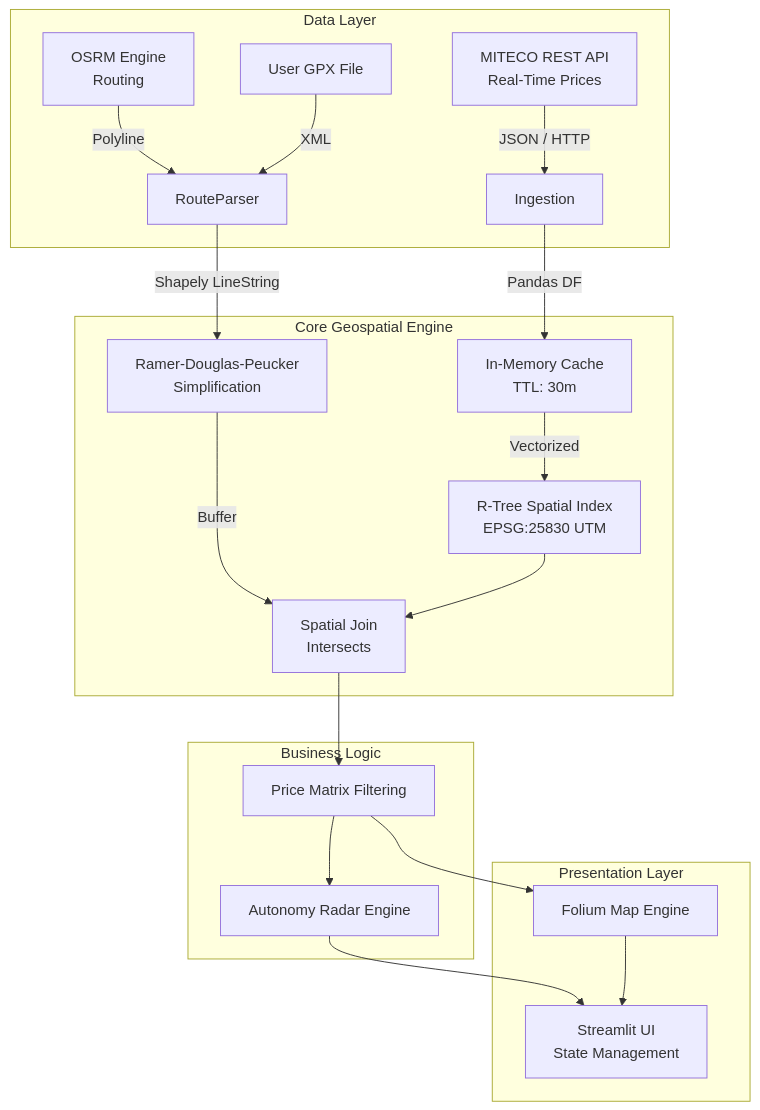
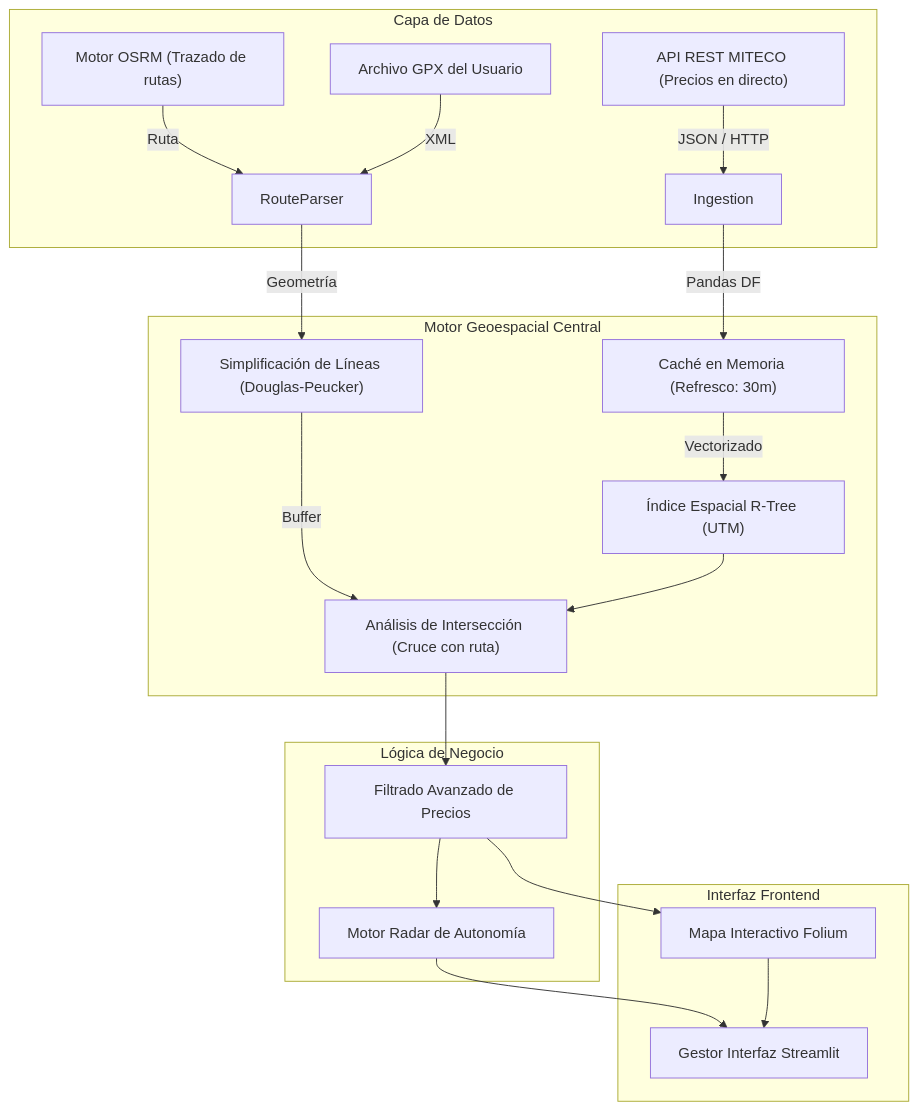
The diagram in README.md (Chane12/Gasolineras-GPX-Optimizador-de-Repostaje-en-Ruta), drawn with Mermaid before and after one commit. The commit also changed other lines of this file, not shown here.

Commit message:
Update README with simplified language and Mermaid fix

````diff
--- a/README.md
+++ b/README.md
@@ -16,29 +16,29 @@
 ```mermaid
 graph TD
-    subgraph Data Layer
-        MITECO[MITECO REST API<br/>Real-Time Prices] --> |JSON / HTTP| Ingestion
-        OSRM[OSRM Engine<br/>Routing] --> |Polyline| RouteParser
-        GPX[User GPX File] --> |XML| RouteParser
+    subgraph Capa de Datos
+        MITECO["API REST MITECO (Precios en directo)"] --> |JSON / HTTP| Ingestion
+        OSRM["Motor OSRM (Trazado de rutas)"] --> |Ruta| RouteParser
+        GPX["Archivo GPX del Usuario"] --> |XML| RouteParser
     end
 
-    subgraph Core Geospatial Engine
-        Ingestion --> |Pandas DF| Cache[In-Memory Cache<br/>TTL: 30m]
-        Cache --> |Vectorized| SpatialIndex[R-Tree Spatial Index<br/>EPSG:25830 UTM]
+    subgraph Motor Geoespacial Central
+        Ingestion --> |Pandas DF| Cache["Caché en Memoria (Refresco: 30m)"]
+        Cache --> |Vectorizado| SpatialIndex["Índice Espacial R-Tree (UTM)"]
         
-        RouteParser --> |Shapely LineString| TSP[Ramer-Douglas-Peucker<br/>Simplification]
-        TSP --> |Buffer| SpatialJoin[Spatial Join<br/>Intersects]
+        RouteParser --> |Geometría| TSP["Simplificación de Líneas (Douglas-Peucker)"]
+        TSP --> |Buffer| SpatialJoin["Análisis de Intersección (Cruce con ruta)"]
         
         SpatialIndex --> SpatialJoin
     end
 
-    subgraph Business Logic
-        SpatialJoin --> Filter[Price Matrix Filtering]
-        Filter --> Radar[Autonomy Radar Engine]
+    subgraph Lógica de Negocio
+        SpatialJoin --> Filter["Filtrado Avanzado de Precios"]
+        Filter --> Radar["Motor Radar de Autonomía"]
     end
 
-    subgraph Presentation Layer
-        Filter --> Map[Folium Map Engine]
-        Radar --> UI[Streamlit UI<br/>State Management]
+    subgraph Interfaz Frontend
+        Filter --> Map["Mapa Interactivo Folium"]
+        Radar --> UI["Gestor Interfaz Streamlit"]
         Map --> UI
     end
 ```
````
